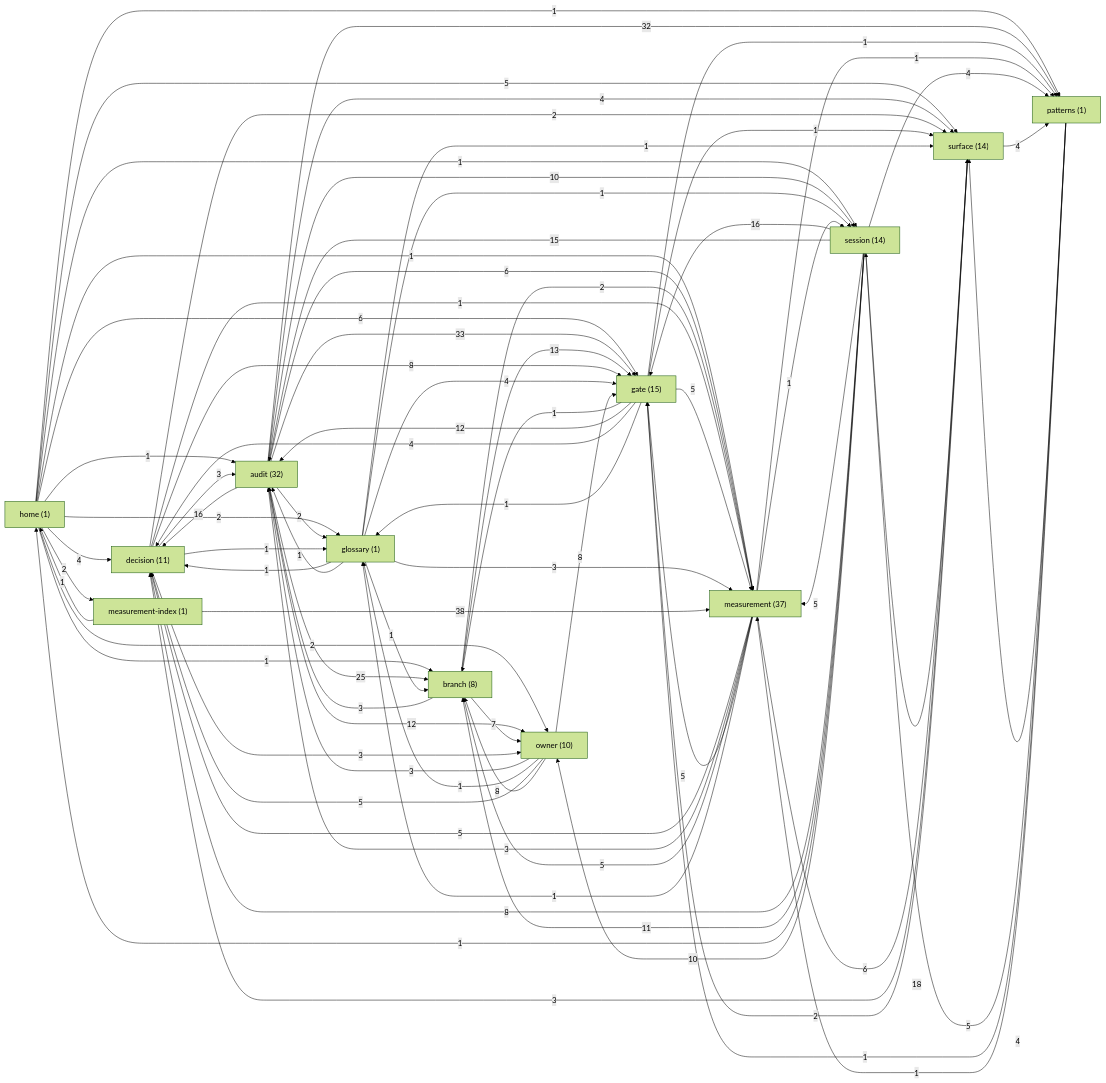
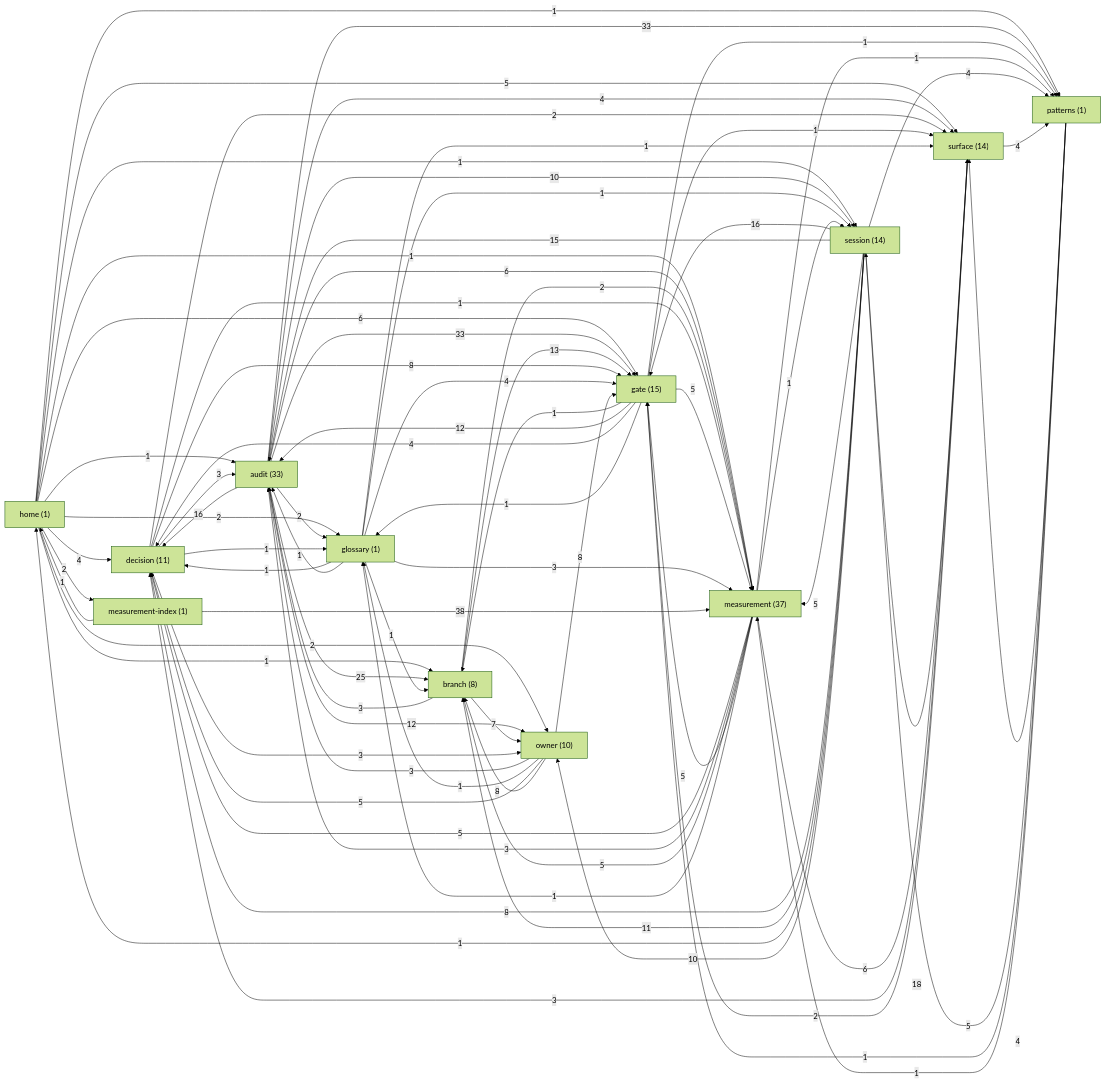
One commit to sergey9519546/STORYMACHINE changed the diagram in docs/brain/GRAPH.md. Above: the diagram before and after it, drawn with Mermaid (forest theme). The commit also changed other lines of this file and 1 other file, not shown here.

Commit message:
docs(brain): regenerate graph for approved-spans-schema audit note
Claude-Session: https://claude.ai/code/session_018Z5iZ1M9Z1KR3tDYhxUKGd

````diff
--- a/docs/brain/GRAPH.md
+++ b/docs/brain/GRAPH.md
@@ -9,7 +9,7 @@
 ```mermaid
 graph LR
   home["home (1)"]
-  audit["audit (32)"]
+  audit["audit (33)"]
   branch["branch (8)"]
   decision["decision (11)"]
   gate["gate (15)"]
@@ -36,7 +36,7 @@
   audit -->|25| branch
   audit -->|33| gate
   audit -->|16| decision
-  audit -->|32| patterns
+  audit -->|33| patterns
   audit -->|12| owner
   audit -->|4| surface
   audit -->|6| measurement
````
